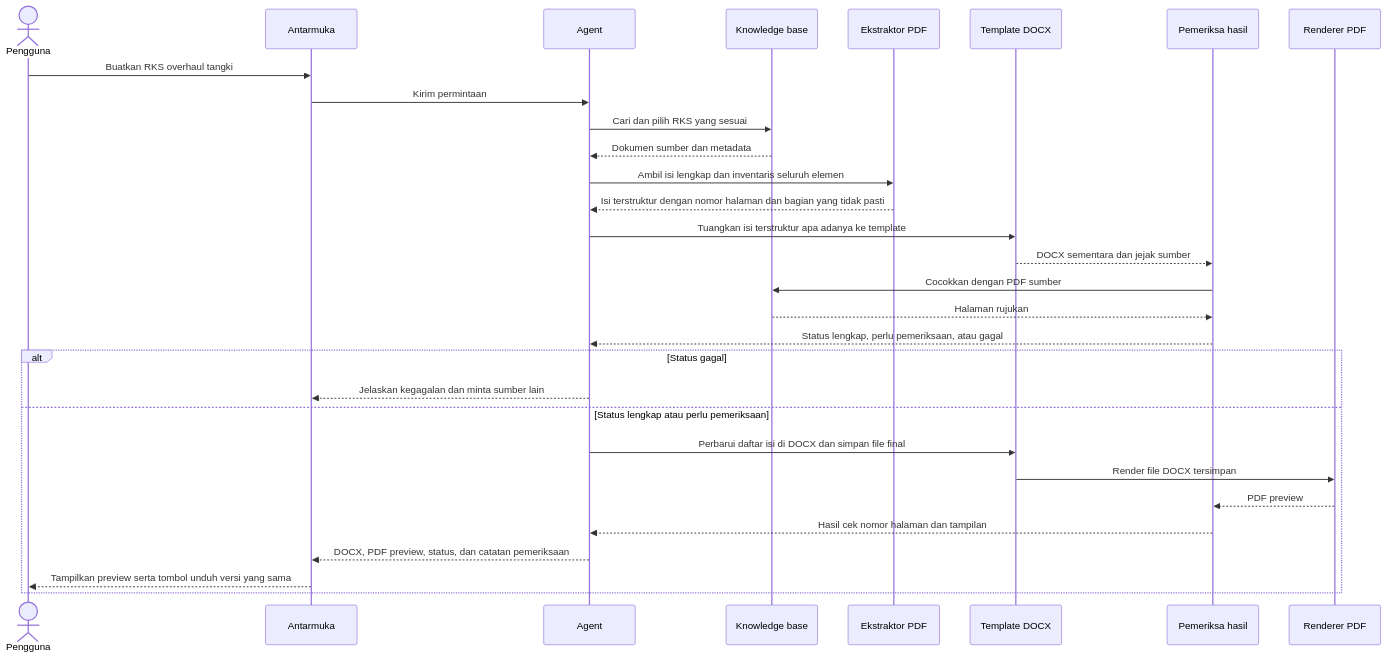
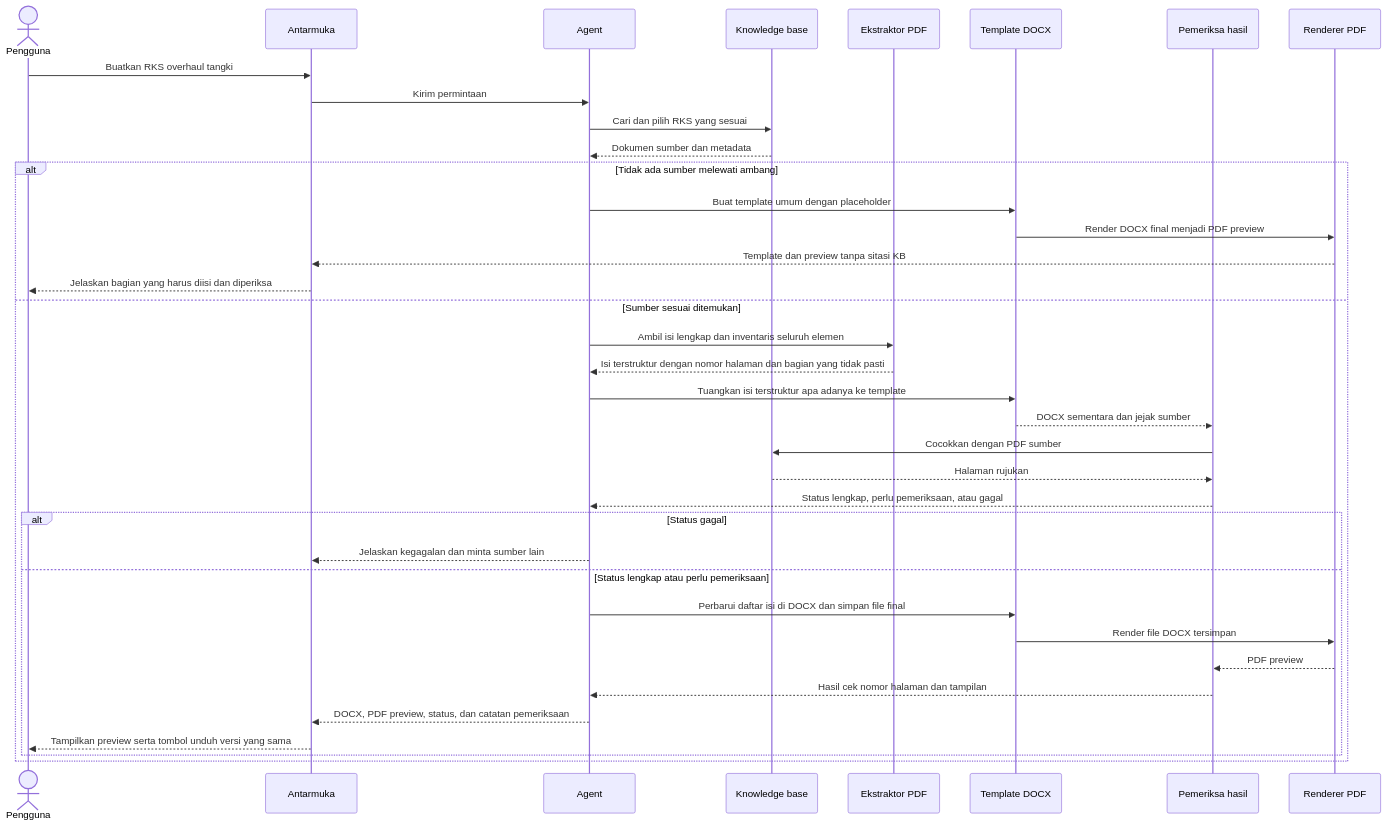
One commit to Menoob000/Pertamina_Chatbot changed the second of 2 diagrams in alur pembuatan rks.md. Above: the diagram before and after it, drawn with Mermaid. The commit also changed other lines of this file and 21 other files, not shown here.

````diff
--- a/alur pembuatan rks.md
+++ b/alur pembuatan rks.md
@@ -117,33 +117,40 @@
 ```mermaid
 sequenceDiagram
     actor U as Pengguna
     participant UI as Antarmuka
     participant A as Agent
     participant KB as Knowledge base
     participant X as Ekstraktor PDF
     participant T as Template DOCX
     participant Q as Pemeriksa hasil
     participant P as Renderer PDF
 
     U->>UI: Buatkan RKS overhaul tangki
     UI->>A: Kirim permintaan
     A->>KB: Cari dan pilih RKS yang sesuai
     KB-->>A: Dokumen sumber dan metadata
+    alt Tidak ada sumber melewati ambang
+        A->>T: Buat template umum dengan placeholder
+        T->>P: Render DOCX final menjadi PDF preview
+        P-->>UI: Template dan preview tanpa sitasi KB
+        UI-->>U: Jelaskan bagian yang harus diisi dan diperiksa
+    else Sumber sesuai ditemukan
     A->>X: Ambil isi lengkap dan inventaris seluruh elemen
     X-->>A: Isi terstruktur dengan nomor halaman dan bagian yang tidak pasti
     A->>T: Tuangkan isi terstruktur apa adanya ke template
     T-->>Q: DOCX sementara dan jejak sumber
     Q->>KB: Cocokkan dengan PDF sumber
     KB-->>Q: Halaman rujukan
     Q-->>A: Status lengkap, perlu pemeriksaan, atau gagal
     alt Status gagal
         A-->>UI: Jelaskan kegagalan dan minta sumber lain
     else Status lengkap atau perlu pemeriksaan
         A->>T: Perbarui daftar isi di DOCX dan simpan file final
         T->>P: Render file DOCX tersimpan
         P-->>Q: PDF preview
         Q-->>A: Hasil cek nomor halaman dan tampilan
         A-->>UI: DOCX, PDF preview, status, dan catatan pemeriksaan
         UI-->>U: Tampilkan preview serta tombol unduh versi yang sama
     end
+    end
 ```
````
